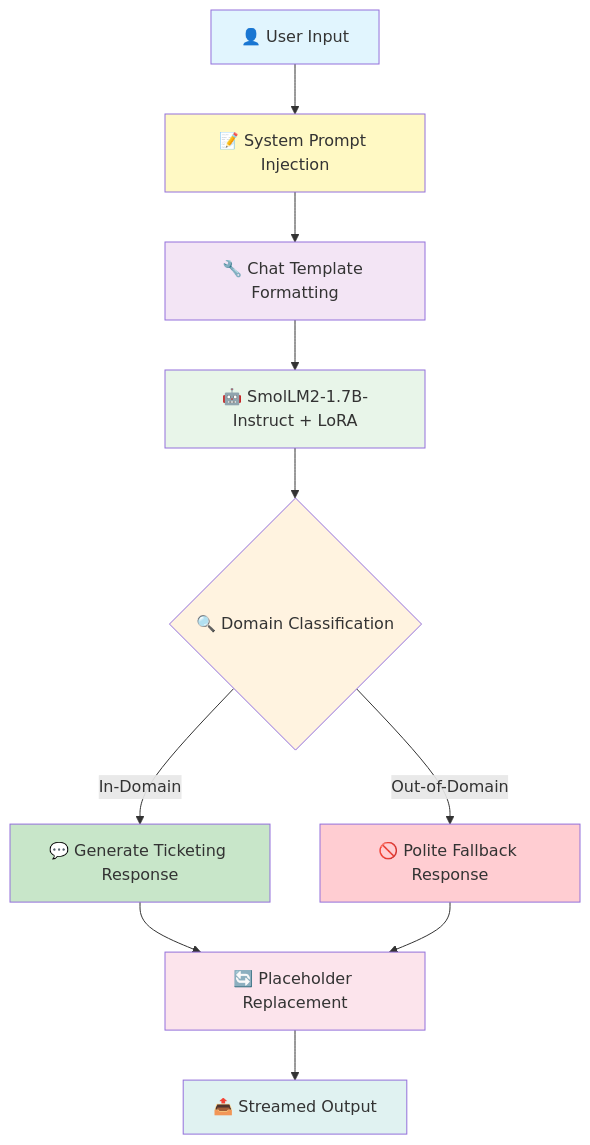
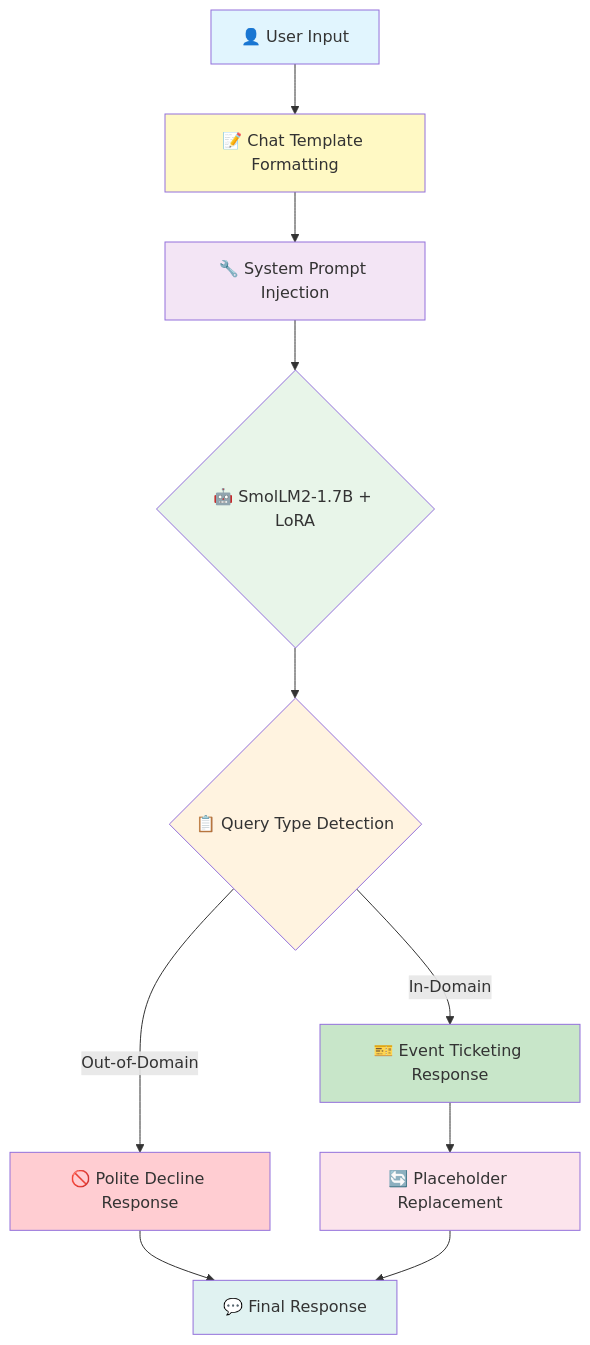
The first of 2 diagrams in README.md (JustToTryModels/hfsmollm2), drawn with Mermaid before and after one commit. The commit also changed other lines of this file, not shown here.

````diff
--- a/README.md
+++ b/README.md
@@ -112,22 +123,22 @@
 ```mermaid
 graph TB
-    A[👤 User Input] --> B[📝 System Prompt Injection]
-    B --> C[🔧 Chat Template Formatting]
-    C --> D[🤖 SmolLM2-1.7B-Instruct + LoRA]
-    D --> E{🔍 Domain Classification}
-    E -->|In-Domain| F[💬 Generate Ticketing Response]
-    E -->|Out-of-Domain| G[🚫 Polite Fallback Response]
+    A[👤 User Input] --> B[📝 Chat Template Formatting]
+    B --> C[🔧 System Prompt Injection]
+    C --> D{🤖 SmolLM2-1.7B + LoRA}
+    D --> E{📋 Query Type Detection}
+    E -->|In-Domain| F[🎫 Event Ticketing Response]
+    E -->|Out-of-Domain| G[🚫 Polite Decline Response]
     F --> H[🔄 Placeholder Replacement]
-    G --> H
-    H --> I[📤 Streamed Output]
+    G --> I[💬 Final Response]
+    H --> I
     
     style A fill:#e1f5fe
     style B fill:#fff9c4
     style C fill:#f3e5f5
     style D fill:#e8f5e9
     style E fill:#fff3e0
     style F fill:#c8e6c9
     style G fill:#ffcdd2
     style H fill:#fce4ec
     style I fill:#e0f2f1
 ```
````
